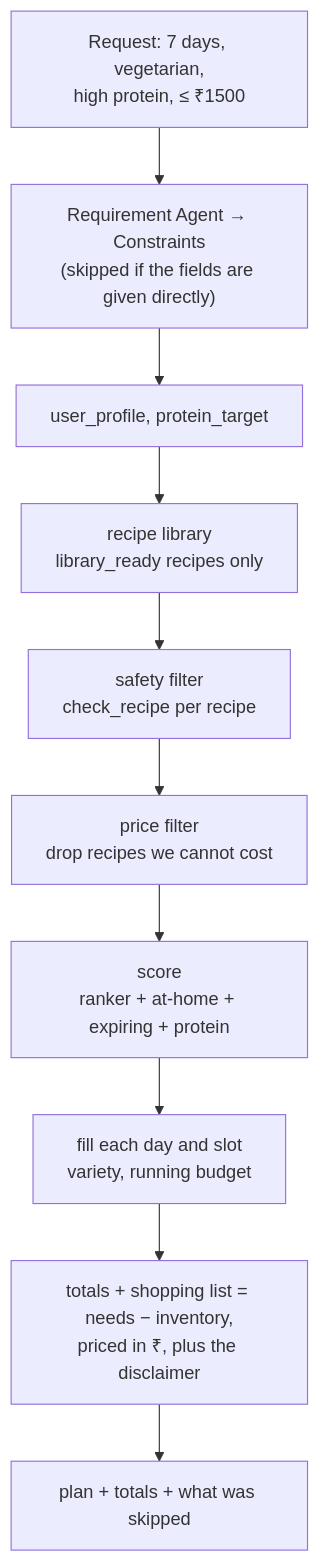
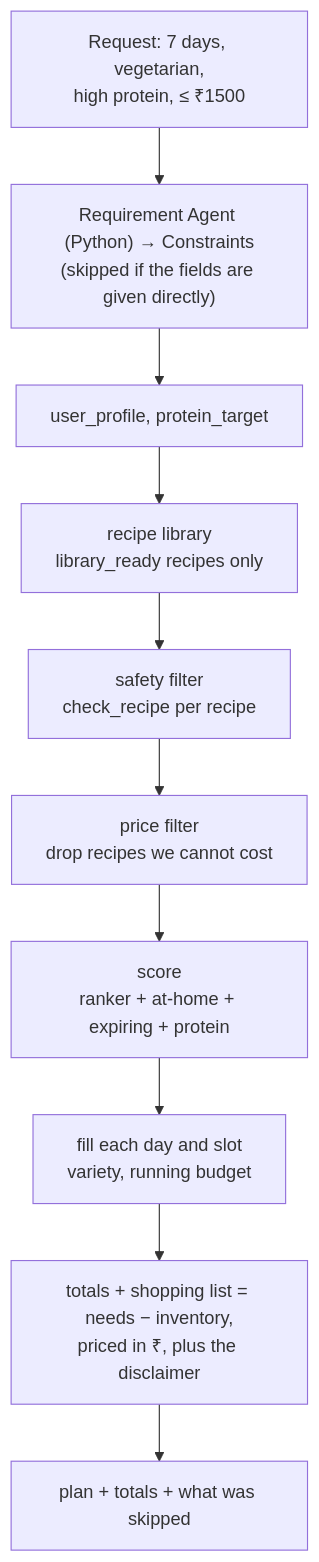
Before and after one commit to ShubhranshuVerma/NutriChef_AI: the third of 6 diagrams in docs/architecture.md, drawn with Mermaid. The commit also changed other lines of this file and 12 other files, not shown here.

Commit message:
Requirement Agent in plain Python: two agents fully deterministic

````diff
--- a/docs/architecture.md
+++ b/docs/architecture.md
@@ -147,12 +150,12 @@
 ```mermaid
 flowchart TD
-    A["Request: 7 days, vegetarian,<br/>high protein, ≤ ₹1500"] --> B["Requirement Agent → Constraints<br/>(skipped if the fields are given directly)"]
+    A["Request: 7 days, vegetarian,<br/>high protein, ≤ ₹1500"] --> B["Requirement Agent (Python) → Constraints<br/>(skipped if the fields are given directly)"]
     B --> U["user_profile, protein_target"]
     U --> C["recipe library<br/>library_ready recipes only"]
     C --> D["safety filter<br/>check_recipe per recipe"]
     D --> E["price filter<br/>drop recipes we cannot cost"]
     E --> F["score<br/>ranker + at-home + expiring + protein"]
     F --> G["fill each day and slot<br/>variety, running budget"]
     G --> H["totals + shopping list = needs − inventory,<br/>priced in ₹, plus the disclaimer"]
     H --> I["plan + totals + what was skipped"]
 ```
````
